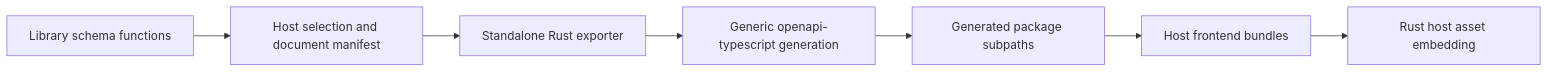
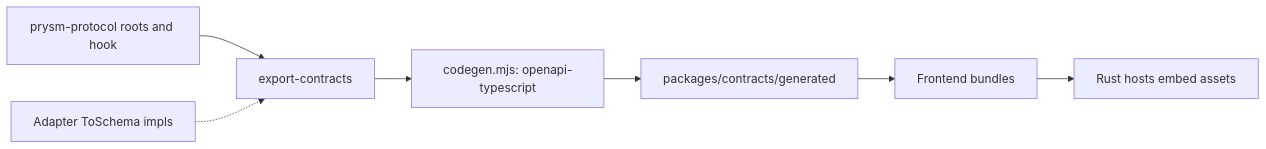
Before and after one commit to ericschaal/prysm: the diagram in v1/CONTRACTS.md, drawn with Mermaid. The commit also changed other lines of this file and 337 other files, not shown here.

````diff
--- a/v1/CONTRACTS.md
+++ b/v1/CONTRACTS.md
@@ -59,9 +71,8 @@
 ```mermaid
 flowchart LR
-    Libraries[Library schema functions] --> Hosts[Host selection and document manifest]
-    Hosts --> Exporter[Standalone Rust exporter]
-    Exporter --> Generator[Generic openapi-typescript generation]
-    Generator --> Types[Generated package subpaths]
-    Types --> Frontends[Host frontend bundles]
-    Frontends --> Binaries[Rust host asset embedding]
+    Protocol[prysm-protocol roots and hook] --> Exporter[export-contracts]
+    Adapters[Adapter ToSchema impls] -.-> Exporter
+    Exporter --> Generator[codegen.mjs: openapi-typescript]
+    Generator --> Types[packages/contracts/generated]
+    Types --> Bundles[Frontend bundles] --> Hosts[Rust hosts embed assets]
 ```
````
